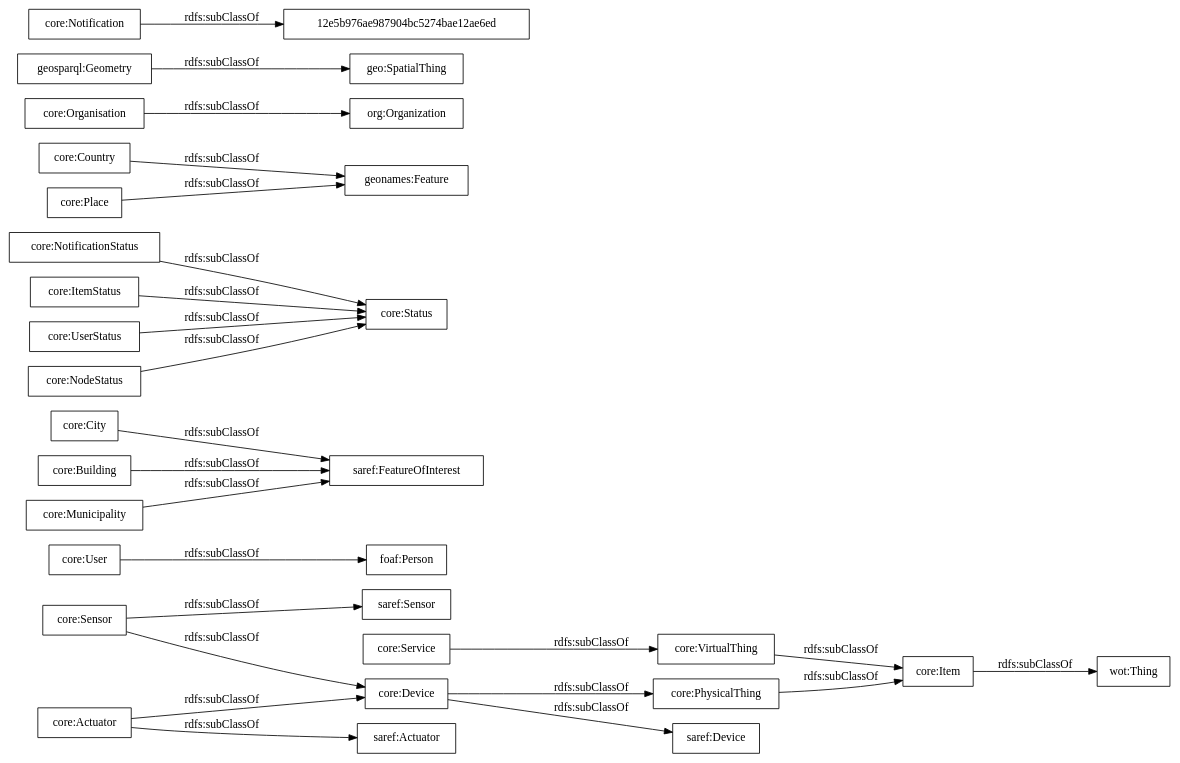
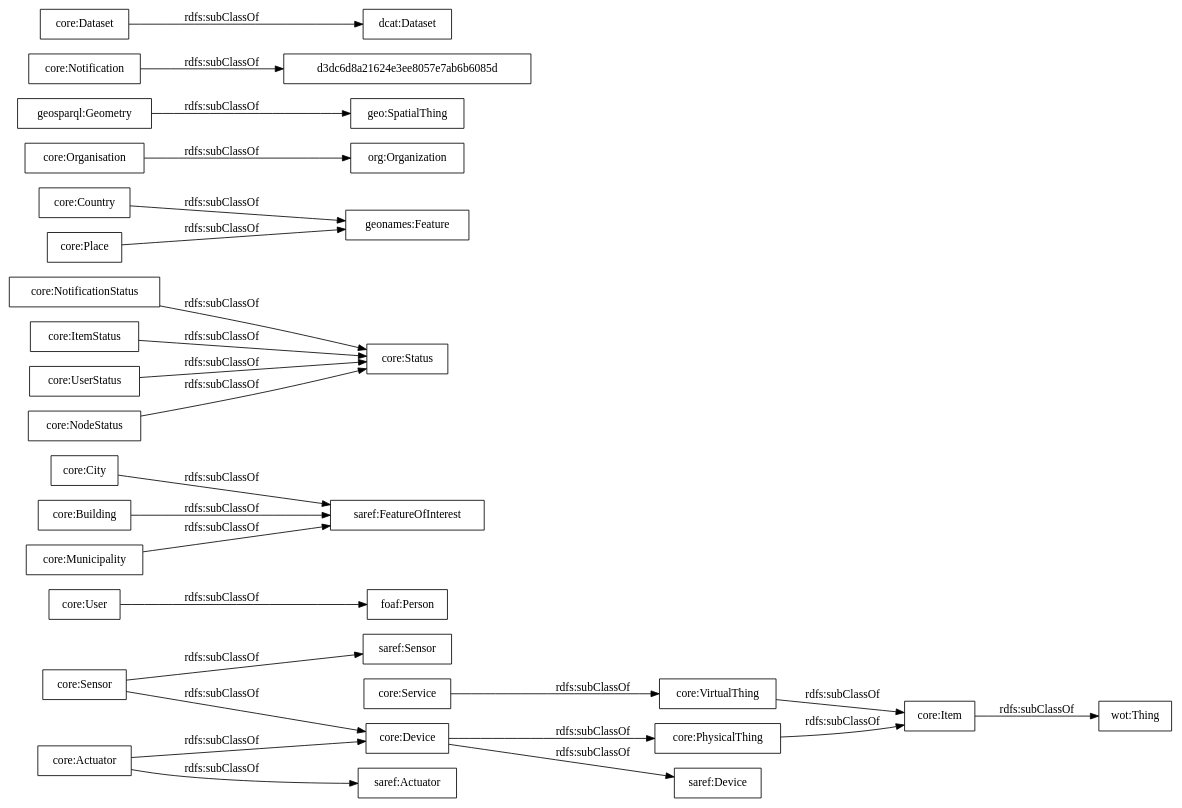
The diagram in OnToology/ontology/auroral-core.ttl/diagrams/ar2dtool-taxonomy/auroral-core.ttl.png.dot (oeg-upm/auroral-core-ontology), drawn with Graphviz before and after one commit. The commit also changed 46 other files, not shown here.

```diff
--- a/OnToology/ontology/auroral-core.ttl/diagrams/ar2dtool-taxonomy/auroral-core.ttl.png.dot
+++ b/OnToology/ontology/auroral-core.ttl/diagrams/ar2dtool-taxonomy/auroral-core.ttl.png.dot
@@ -1,29 +1,30 @@
 digraph ar2dtool_diagram { 
 rankdir=LR;
 size="1000"
-node [shape = rectangle, color="black"]; "wot:Thing" "saref:Actuator" "core:User" "saref:Device" "core:City" "core:NotificationStatus" "geonames:Feature" "core:Status" "core:Service" "core:Device" "core:Sensor" "core:Actuator" "core:Organisation" "foaf:Person" "core:Building" "org:Organization" "core:Country" "core:Item" "geosparql:Geometry" "12e5b976ae987904bc5274bae12ae6ed" "core:Place" "core:Notification" "core:ItemStatus" "geo:SpatialThing" "core:PhysicalThing" "core:UserStatus" "core:NodeStatus" "core:Municipality" "core:VirtualThing" "saref:FeatureOfInterest" "saref:Sensor" ; /*classes style*/
+node [shape = rectangle, color="black"]; "wot:Thing" "saref:Actuator" "core:User" "saref:Device" "core:City" "core:NotificationStatus" "geonames:Feature" "core:Status" "core:Service" "core:Device" "core:Sensor" "core:Actuator" "core:Organisation" "foaf:Person" "core:Building" "org:Organization" "core:Country" "core:Item" "geosparql:Geometry" "core:Place" "core:Notification" "core:ItemStatus" "geo:SpatialThing" "core:PhysicalThing" "core:Dataset" "core:UserStatus" "core:NodeStatus" "core:Municipality" "core:VirtualThing" "saref:FeatureOfInterest" "saref:Sensor" "dcat:Dataset" "d3dc6d8a21624e3ee8057e7ab6b6085d" ; /*classes style*/
 	"core:ItemStatus" -> "core:Status" [ label = "rdfs:subClassOf" ];
 	"core:Service" -> "core:VirtualThing" [ label = "rdfs:subClassOf" ];
 	"core:Country" -> "geonames:Feature" [ label = "rdfs:subClassOf" ];
 	"core:Organisation" -> "org:Organization" [ label = "rdfs:subClassOf" ];
 	"core:User" -> "foaf:Person" [ label = "rdfs:subClassOf" ];
 	"core:Building" -> "saref:FeatureOfInterest" [ label = "rdfs:subClassOf" ];
 	"core:PhysicalThing" -> "core:Item" [ label = "rdfs:subClassOf" ];
 	"core:Device" -> "saref:Device" [ label = "rdfs:subClassOf" ];
 	"core:Device" -> "core:PhysicalThing" [ label = "rdfs:subClassOf" ];
 	"core:Municipality" -> "saref:FeatureOfInterest" [ label = "rdfs:subClassOf" ];
 	"core:NodeStatus" -> "core:Status" [ label = "rdfs:subClassOf" ];
 	"core:UserStatus" -> "core:Status" [ label = "rdfs:subClassOf" ];
 	"core:Sensor" -> "saref:Sensor" [ label = "rdfs:subClassOf" ];
 	"core:Sensor" -> "core:Device" [ label = "rdfs:subClassOf" ];
 	"core:VirtualThing" -> "core:Item" [ label = "rdfs:subClassOf" ];
 	"core:Actuator" -> "saref:Actuator" [ label = "rdfs:subClassOf" ];
 	"core:Actuator" -> "core:Device" [ label = "rdfs:subClassOf" ];
+	"core:Place" -> "geonames:Feature" [ label = "rdfs:subClassOf" ];
 	"core:Item" -> "wot:Thing" [ label = "rdfs:subClassOf" ];
-	"core:Place" -> "geonames:Feature" [ label = "rdfs:subClassOf" ];
+	"core:Dataset" -> "dcat:Dataset" [ label = "rdfs:subClassOf" ];
 	"geosparql:Geometry" -> "geo:SpatialThing" [ label = "rdfs:subClassOf" ];
-	"core:Notification" -> "12e5b976ae987904bc5274bae12ae6ed" [ label = "rdfs:subClassOf" ];
+	"core:Notification" -> "d3dc6d8a21624e3ee8057e7ab6b6085d" [ label = "rdfs:subClassOf" ];
 	"core:NotificationStatus" -> "core:Status" [ label = "rdfs:subClassOf" ];
 	"core:City" -> "saref:FeatureOfInterest" [ label = "rdfs:subClassOf" ];
 
 }
```
